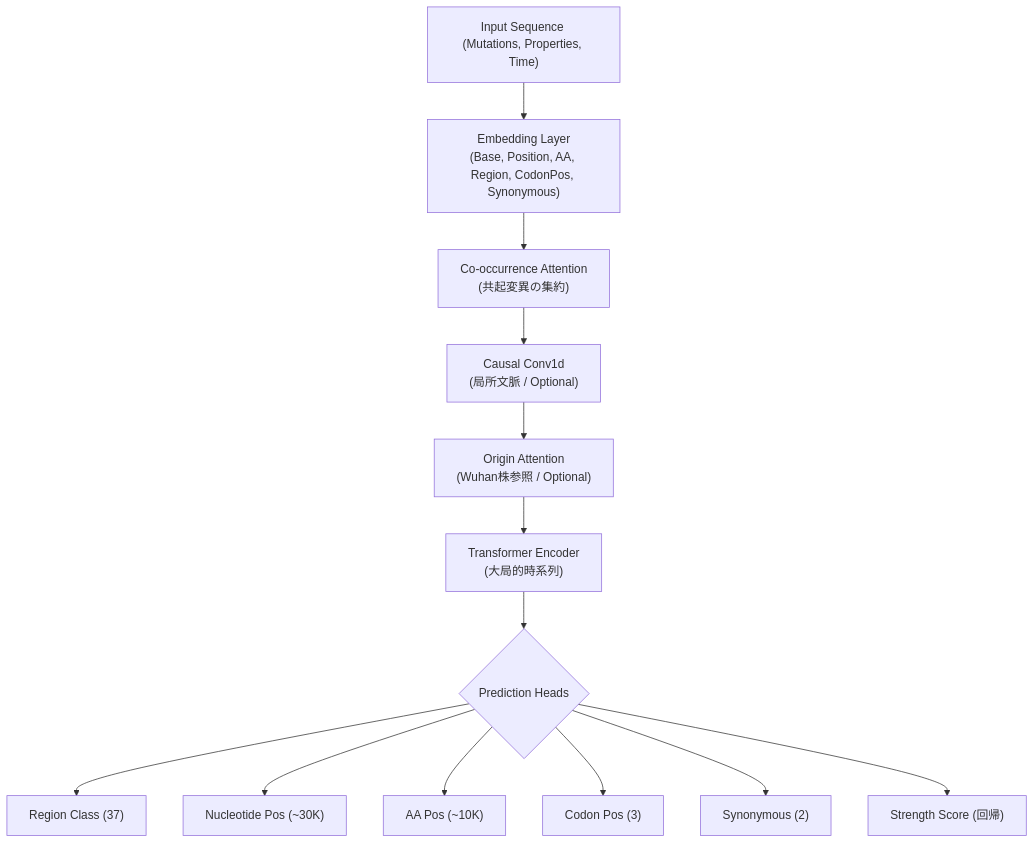
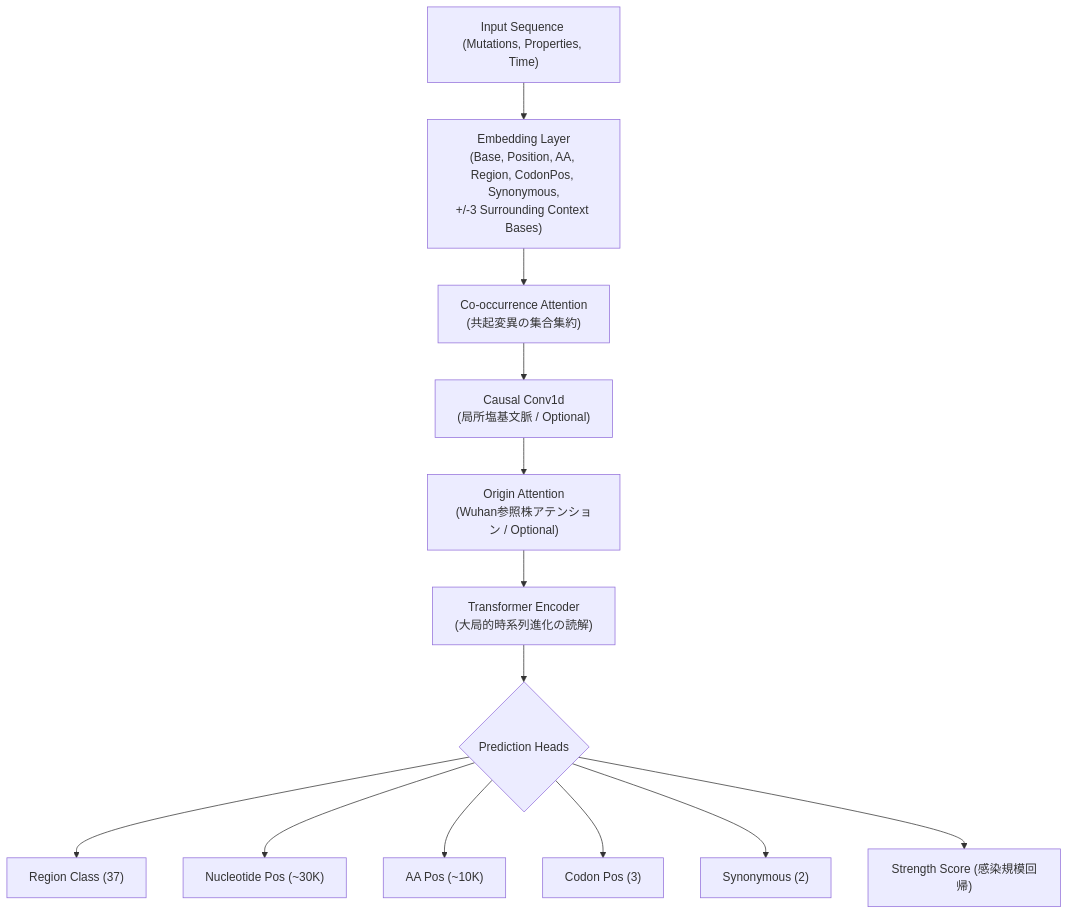
Before and after one commit to take4ff/gmp: the diagram in README.md, drawn with Mermaid. The commit also changed other lines of this file and 41 other files, not shown here.

Commit message:
feat: implement project-wide DuckDB integration and model training architecture for transformers

````diff
--- a/README.md
+++ b/README.md
@@ -62,15 +28,15 @@
 ```mermaid
 graph TD
-    Input["Input Sequence (Mutations, Properties, Time)"] --> Embed["Embedding Layer\n(Base, Position, AA, Region, CodonPos, Synonymous)"]
-    Embed --> CoAttn["Co-occurrence Attention\n(共起変異の集約)"]
-    CoAttn --> Conv["Causal Conv1d\n(局所文脈 / Optional)"]
-    Conv --> OriAttn["Origin Attention\n(Wuhan株参照 / Optional)"]
-    OriAttn --> Transformer["Transformer Encoder\n(大局的時系列)"]
+    Input["Input Sequence (Mutations, Properties, Time)"] --> Embed["Embedding Layer\n(Base, Position, AA, Region, CodonPos, Synonymous,\n+/-3 Surrounding Context Bases)"]
+    Embed --> CoAttn["Co-occurrence Attention\n(共起変異の集合集約)"]
+    CoAttn --> Conv["Causal Conv1d\n(局所塩基文脈 / Optional)"]
+    Conv --> OriAttn["Origin Attention\n(Wuhan参照株アテンション / Optional)"]
+    OriAttn --> Transformer["Transformer Encoder\n(大局的時系列進化の読解)"]
     Transformer --> Heads{"Prediction Heads"}
     Heads --> Out1["Region Class (37)"]
     Heads --> Out2["Nucleotide Pos (~30K)"]
     Heads --> Out3["AA Pos (~10K)"]
     Heads --> Out4["Codon Pos (3)"]
     Heads --> Out5["Synonymous (2)"]
-    Heads --> Out6["Strength Score (回帰)"]
+    Heads --> Out6["Strength Score (感染規模回帰)"]
 ```
````
